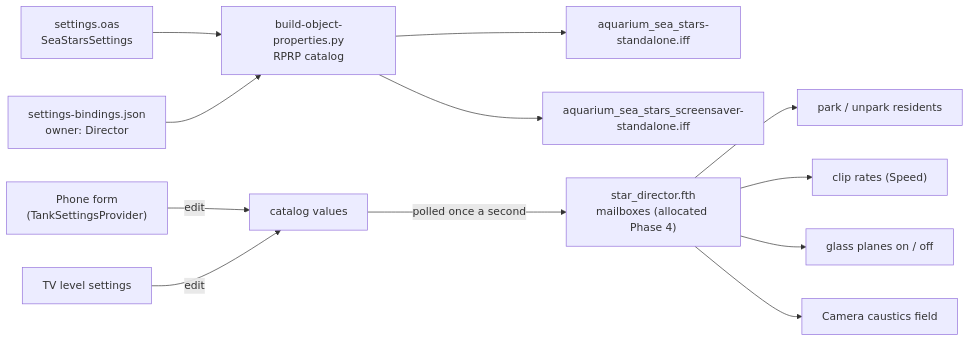
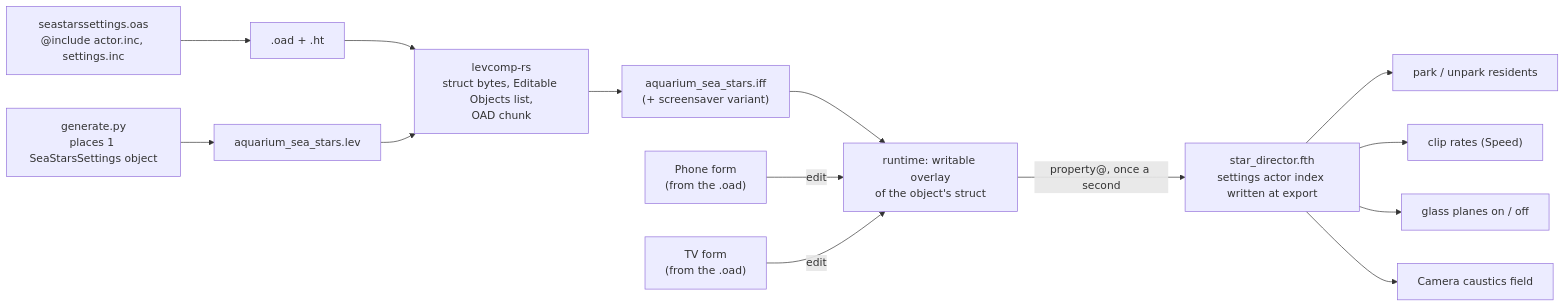
Before and after one commit to wbniv/WorldFoundry: the fourth of 9 diagrams in docs/plans/2026-11-10-starfish-tank.md, drawn with Mermaid. The commit also changed other lines of this file and 9 other files, not shown here.

First line of the commit message:
Unpark runtime object editing; Sea Stars settings become an OAS object

````diff
--- a/docs/plans/2026-11-10-starfish-tank.md
+++ b/docs/plans/2026-11-10-starfish-tank.md
@@ -186,14 +188,16 @@
 ```mermaid
 flowchart LR
-    OAS["settings.oas<br/>SeaStarsSettings"] --> BOP["build-object-properties.py<br/>RPRP catalog"]
-    BIND["settings-bindings.json<br/>owner: Director"] --> BOP
-    BOP --> LVL["aquarium_sea_stars-standalone.iff"]
-    BOP --> SSV["aquarium_sea_stars_screensaver-standalone.iff"]
-    PH["Phone form<br/>(TankSettingsProvider)"] -->|"edit"| CAT["catalog values"]
-    TV["TV level settings"] -->|"edit"| CAT
-    CAT -->|"polled once a second"| DIR["star_director.fth<br/>mailboxes (allocated Phase 4)"]
+    OAS["seastarssettings.oas<br/>@include actor.inc, settings.inc"] --> OAD[".oad + .ht"]
+    GEN["generate.py<br/>places 1 SeaStarsSettings object"] --> LEVF["aquarium_sea_stars.lev"]
+    OAD --> LC["levcomp-rs<br/>struct bytes, Editable Objects list,<br/>OAD chunk"]
+    LEVF --> LC
+    LC --> LVL["aquarium_sea_stars.iff<br/>(+ screensaver variant)"]
+    LVL --> OV["runtime: writable overlay<br/>of the object's struct"]
+    PH["Phone form<br/>(from the .oad)"] -->|"edit"| OV
+    TV["TV form<br/>(from the .oad)"] -->|"edit"| OV
+    OV -->|"property@, once a second"| DIR["star_director.fth<br/>settings actor index written at export"]
     DIR --> PARK["park / unpark residents"]
     DIR --> SPD["clip rates (Speed)"]
     DIR --> GL["glass planes on / off"]
     DIR --> CAM["Camera caustics field"]
 ```
````
